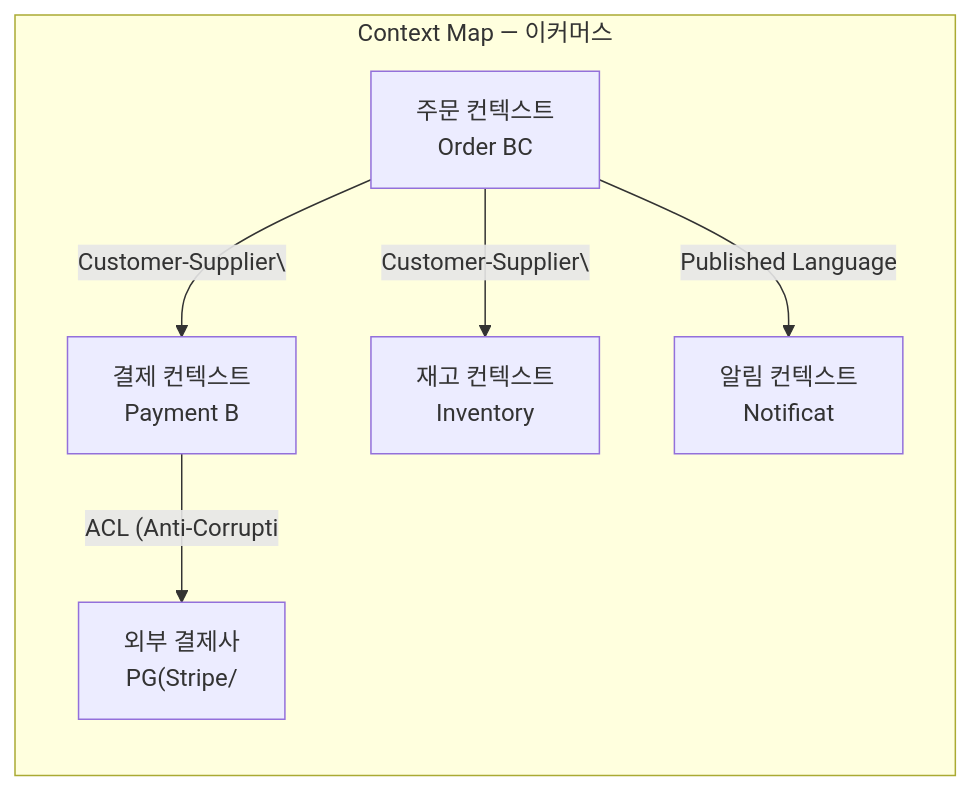
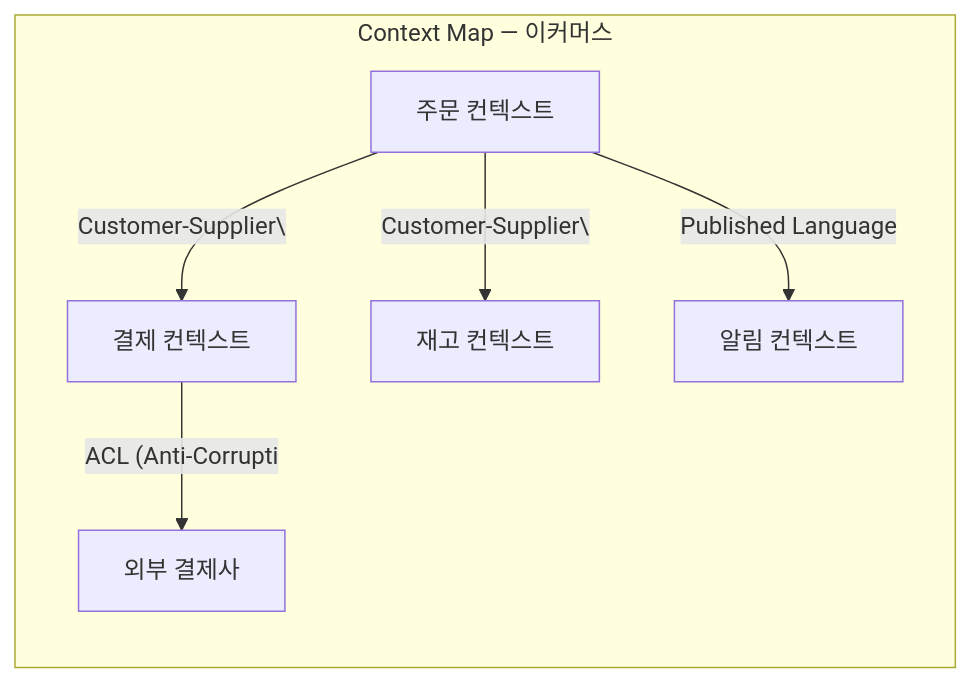
One commit to yjkim2015/yjkim2015.github.io changed the third of 7 diagrams in _posts/architecture/2026-05-01-ddd.md. Above: the diagram before and after it, drawn with Mermaid. The commit also changed other lines of this file and 217 other files, not shown here.

First line of the commit message:
Mermaid 크기 수정: useMaxWidth:true + SVG max-width:100% + 라벨 축소

````diff
--- a/_posts/architecture/2026-05-01-ddd.md
+++ b/_posts/architecture/2026-05-01-ddd.md
@@ -100,14 +100,14 @@
 ```mermaid
 graph LR
     subgraph "Context Map — 이커머스"
-        OC["주문 컨텍스트\nOrder BC"]
-        PC["결제 컨텍스트\nPayment B"]
-        IC["재고 컨텍스트\nInventory"]
-        NC["알림 컨텍스트\nNotificat"]
-        EC["외부 결제사\nPG(Stripe/"]
+        OC["주문 컨텍스트"]
+        PC["결제 컨텍스트"]
+        IC["재고 컨텍스트"]
+        NC["알림 컨텍스트"]
+        EC["외부 결제사"]
     end
     OC -->|"Customer-Supplier\"| PC
     OC -->|"Customer-Supplier\"| IC
     OC -->|"Published Language"| NC
     PC -->|"ACL (Anti-Corrupti"| EC
 ```
````
